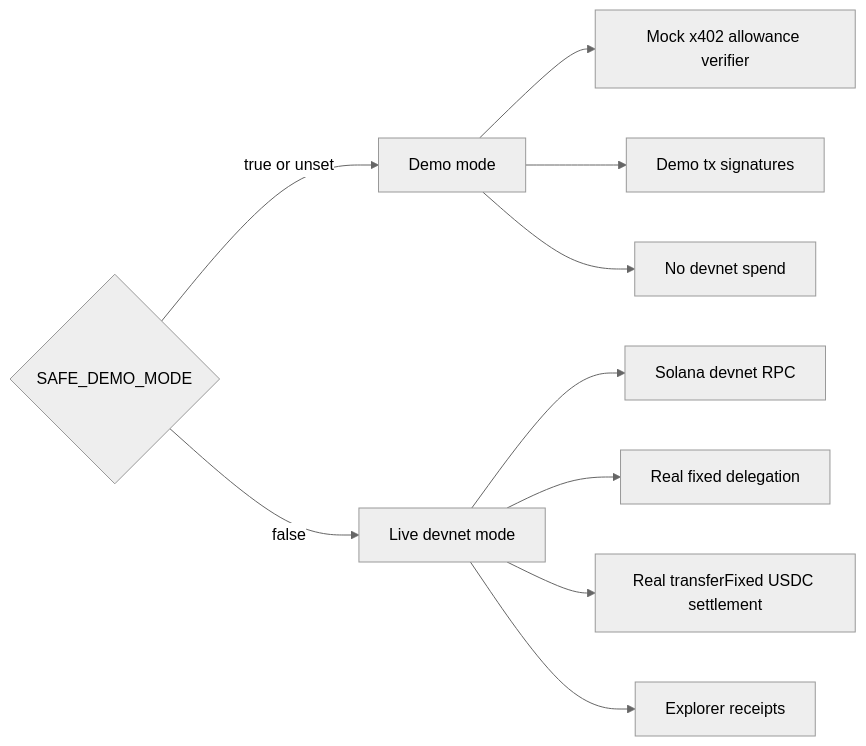
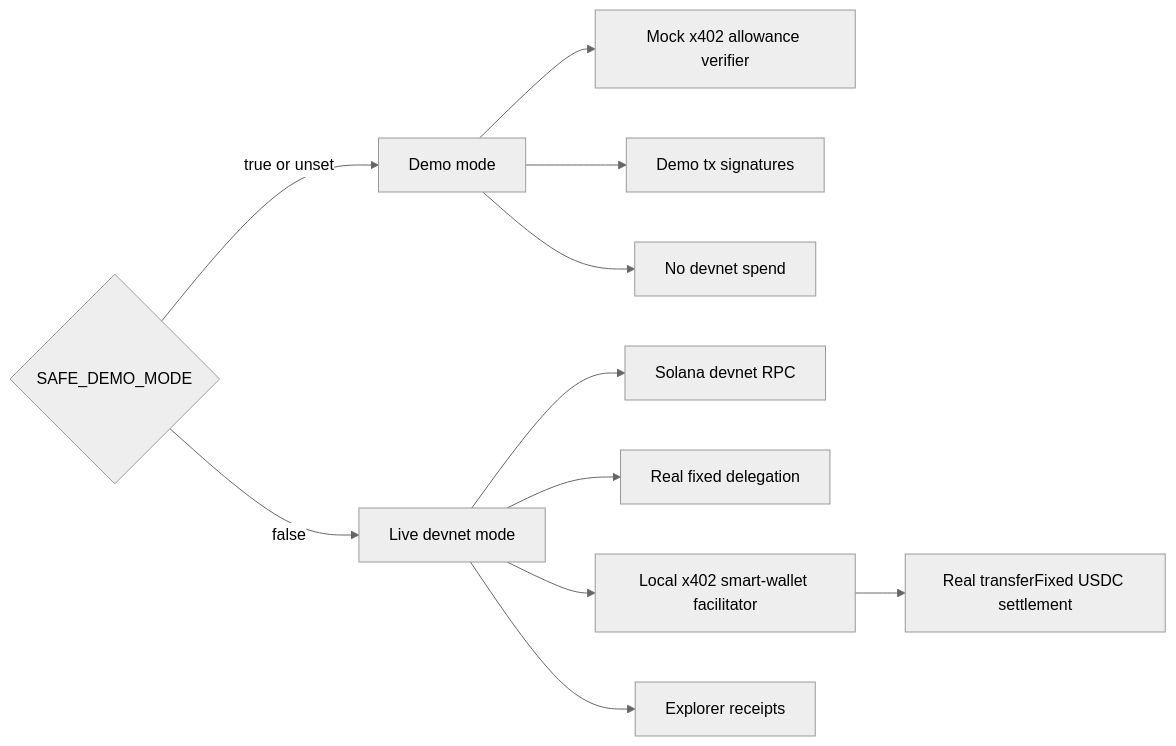
Before and after one commit to Marcussy34/SAFE: the ninth of 10 diagrams in architecture.md, drawn with Mermaid (neutral theme). The commit also changed other lines of this file and 27 other files, not shown here.

Commit message:
Update environment configuration, enhance documentation, and improve UI components for wallet-based allowance setup. Added local x402 facilitator support and refined payment flow diagrams. Adjusted styles for better visual consistency across the dashboard.

````diff
--- a/architecture.md
+++ b/architecture.md
@@ -273,15 +292,16 @@
 ```mermaid
 flowchart LR
   Mode{SAFE_DEMO_MODE}
   Mode -->|true or unset| Demo[Demo mode]
   Mode -->|false| Live[Live devnet mode]
 
   Demo --> DemoVerifier[Mock x402 allowance verifier]
   Demo --> DemoSig[Demo tx signatures]
   Demo --> NoSpend[No devnet spend]
 
   Live --> Devnet[Solana devnet RPC]
   Live --> RealAllowance[Real fixed delegation]
-  Live --> RealTransfer[Real transferFixed USDC settlement]
+  Live --> LocalFacilitator[Local x402 smart-wallet facilitator]
+  LocalFacilitator --> RealTransfer[Real transferFixed USDC settlement]
   Live --> RealReceipts[Explorer receipts]
 ```
````
